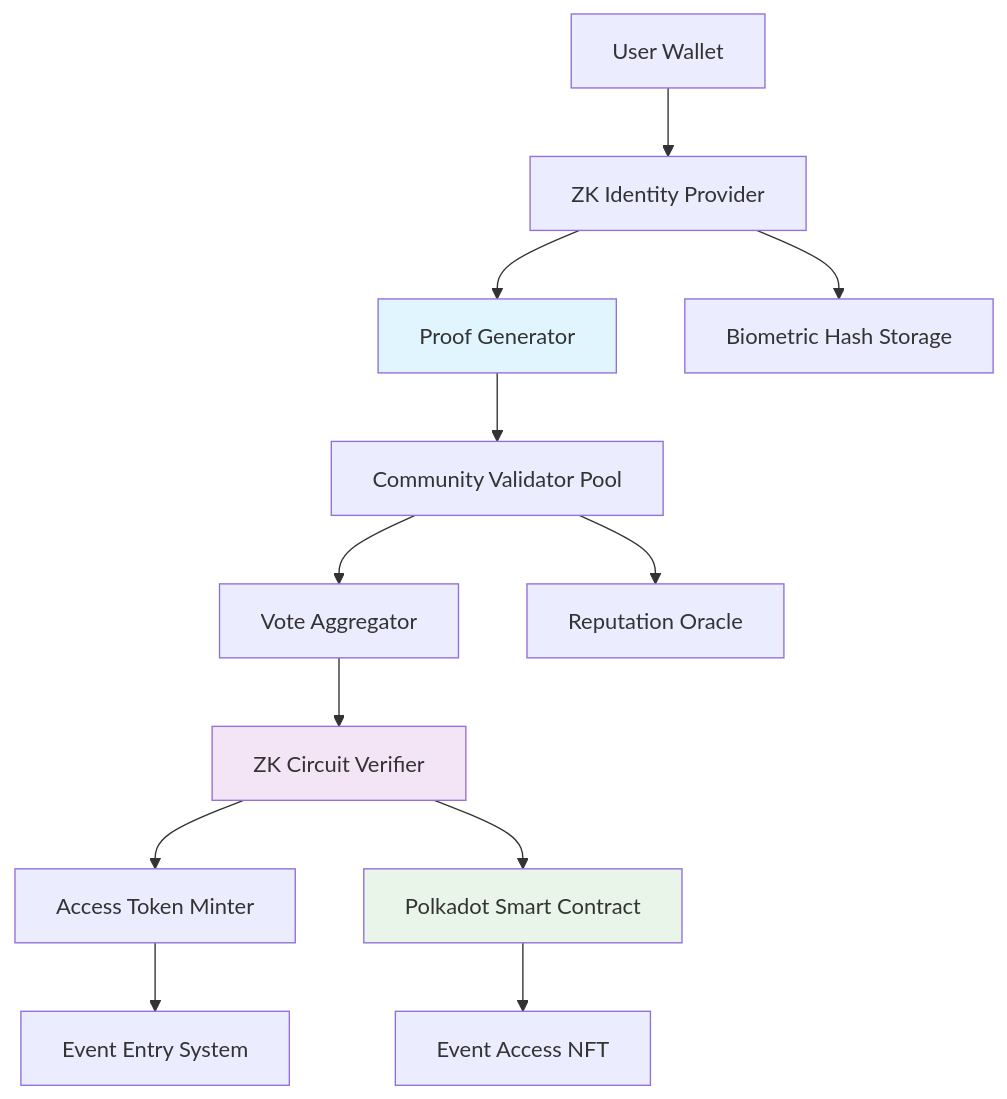
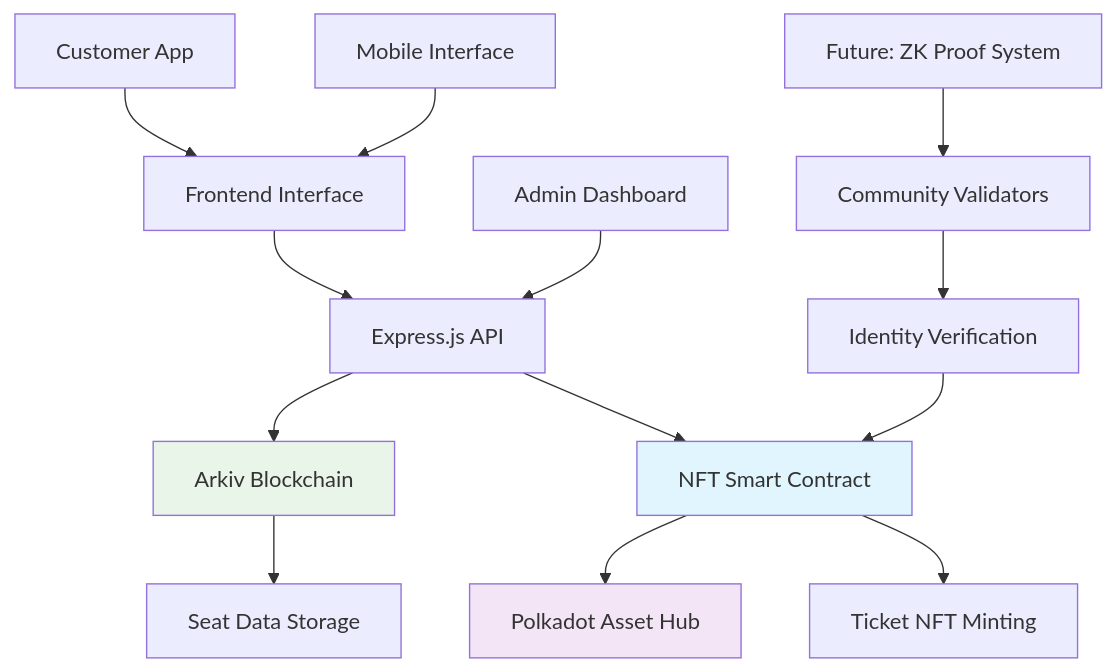
The first of 2 diagrams in README.md (luucamay/unique-tickets), drawn with Mermaid before and after one commit. The commit also changed other lines of this file, not shown here.

````diff
--- a/README.md
+++ b/README.md
@@ -496,19 +8,21 @@
 ```mermaid
 graph TD
-    A[User Wallet] --> B[ZK Identity Provider]
-    B --> C[Proof Generator]
-    C --> D[Community Validator Pool]
-    D --> E[Vote Aggregator]
-    E --> F[ZK Circuit Verifier]
-    F --> G[Access Token Minter]
-    G --> H[Event Entry System]
+    A[Frontend Interface] --> B[Express.js API]
+    B --> C[Arkiv Blockchain]
+    B --> D[NFT Smart Contract]
+    D --> E[Polkadot Asset Hub]
+    C --> F[Seat Data Storage]
+    D --> G[Ticket NFT Minting]
     
-    B --> I[Biometric Hash Storage]
-    D --> J[Reputation Oracle]
-    F --> K[Polkadot Smart Contract]
-    K --> L[Event Access NFT]
+    H[Admin Dashboard] --> B
+    I[Customer App] --> A
+    J[Mobile Interface] --> A
     
-    style C fill:#e1f5fe
-    style F fill:#f3e5f5
-    style K fill:#e8f5e8
+    K[Future: ZK Proof System] --> L[Community Validators]
+    L --> M[Identity Verification]
+    M --> D
+    
+    style D fill:#e1f5fe
+    style E fill:#f3e5f5
+    style C fill:#e8f5e8
 ```
````
